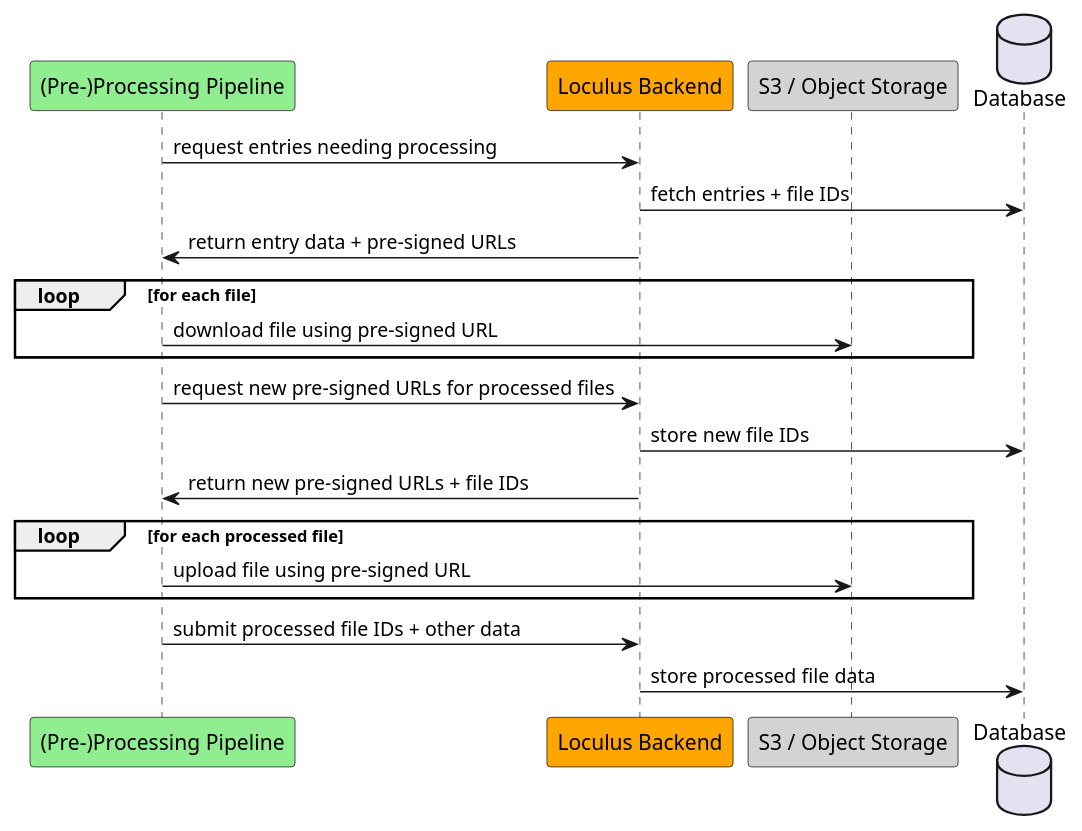
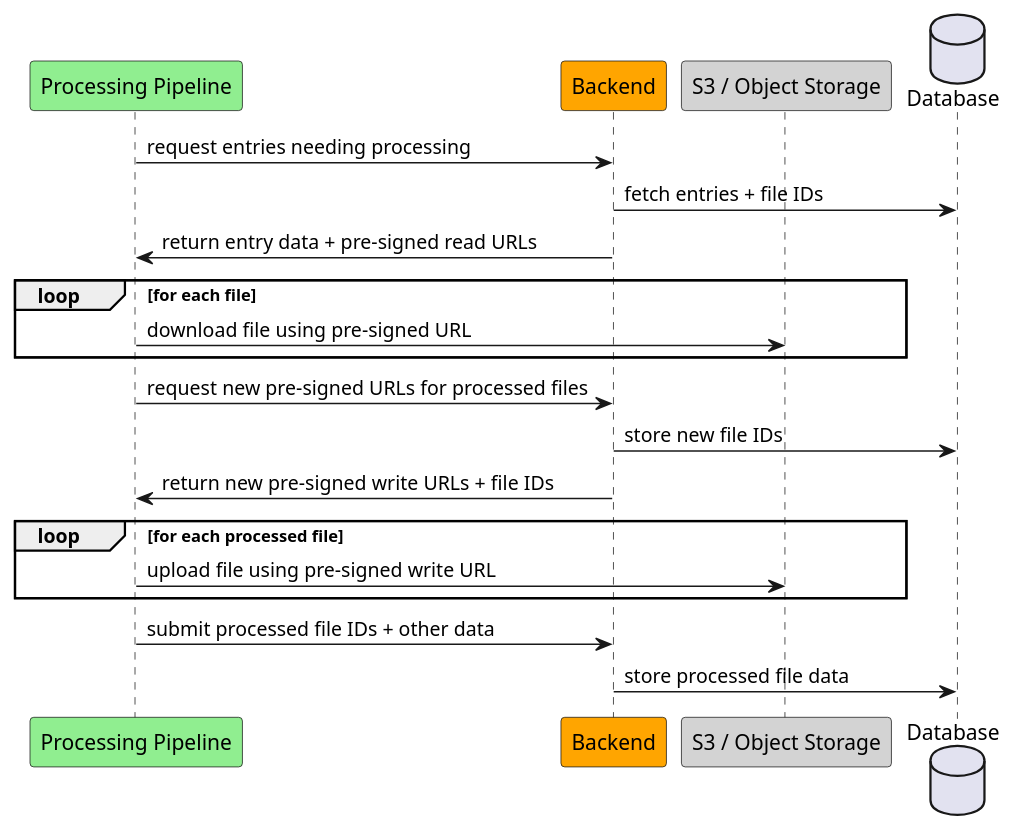
The diagram in backend/docs/plantuml/sequenceFileSharingPrepro.puml (loculus-project/loculus), drawn with PlantUML before and after one commit. The commit also changed 2 other files, not shown here.

```diff
--- a/backend/docs/plantuml/sequenceFileSharingPrepro.puml
+++ b/backend/docs/plantuml/sequenceFileSharingPrepro.puml
@@ -1,26 +1,26 @@
 @startuml
-    participant "(Pre-)Processing Pipeline" as pipeline #LightGreen
-    participant "Loculus Backend" as backend #Orange
+    participant "Processing Pipeline" as pipeline #LightGreen
+    participant "Backend" as backend #Orange
     participant "S3 / Object Storage" as s3 #LightGray
     database "Database" as DB
 
     pipeline -> backend: request entries needing processing
     backend -> DB: fetch entries + file IDs
-    backend -> pipeline: return entry data + pre-signed URLs
+    backend -> pipeline: return entry data + pre-signed read URLs
 
     loop for each file
         pipeline -> s3: download file using pre-signed URL
     end loop
 
     pipeline -> backend: request new pre-signed URLs for processed files
     backend -> DB: store new file IDs
-    backend -> pipeline: return new pre-signed URLs + file IDs
+    backend -> pipeline: return new pre-signed write URLs + file IDs
 
     loop for each processed file
-        pipeline -> s3: upload file using pre-signed URL
+        pipeline -> s3: upload file using pre-signed write URL
     end loop
 
     pipeline -> backend: submit processed file IDs + other data
     backend -> DB: store processed file data
 
 @enduml
```
